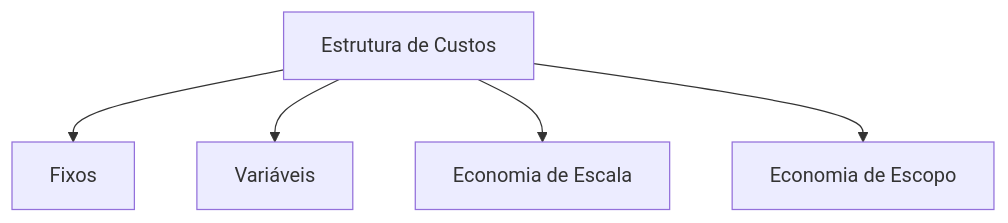
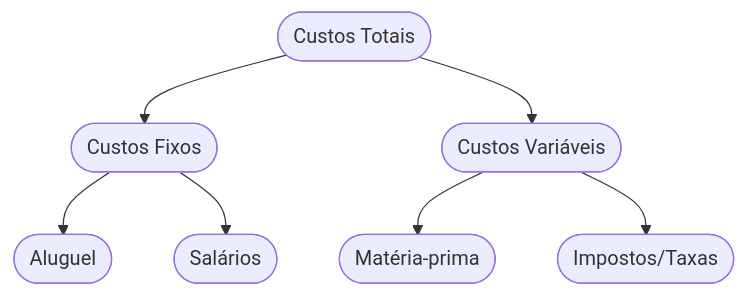
Before and after one commit to ricardotecpro/adm_gestao_dmn: the diagram in docs/slides/src/slide-15.md, drawn with Mermaid. The commit also changed other lines of this file and 171 other files, not shown here.

````diff
--- a/docs/slides/src/slide-15.md
+++ b/docs/slides/src/slide-15.md
@@ -15,7 +61,9 @@
 ```mermaid
 graph TD
-    A["Estrutura de Custos"] --> B["Fixos"]
-    A --> C["Variáveis"]
-    A --> D["Economia de Escala"]
-    A --> E["Economia de Escopo"]
+    A(["Custos Totais"]) --> B(["Custos Fixos"])
+    A --> C(["Custos Variáveis"])
+    B --> B1(["Aluguel"])
+    B --> B2(["Salários"])
+    C --> C1(["Matéria-prima"])
+    C --> C2(["Impostos/Taxas"])
 ```
````
